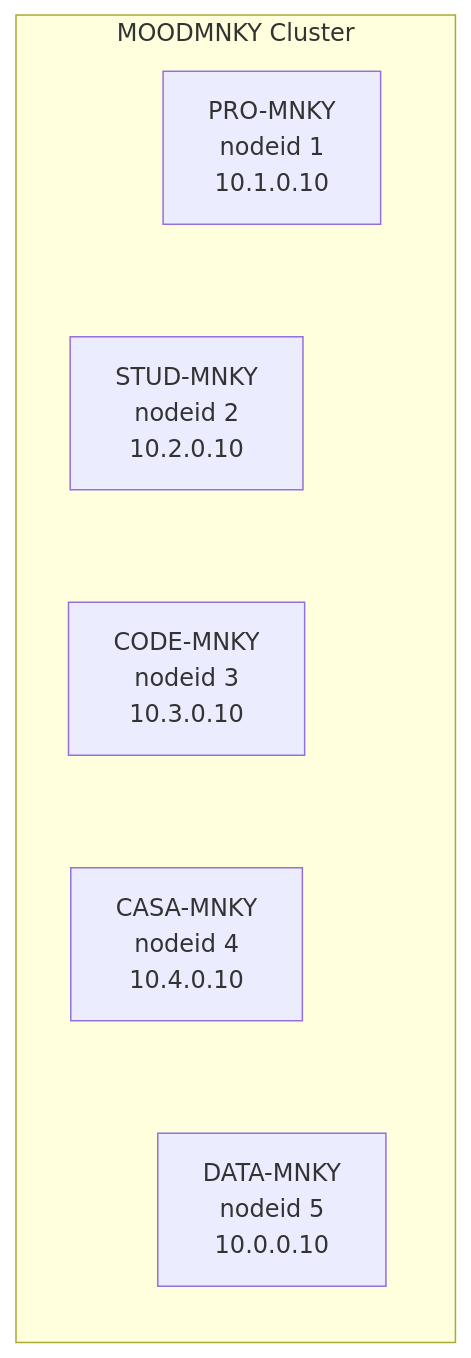
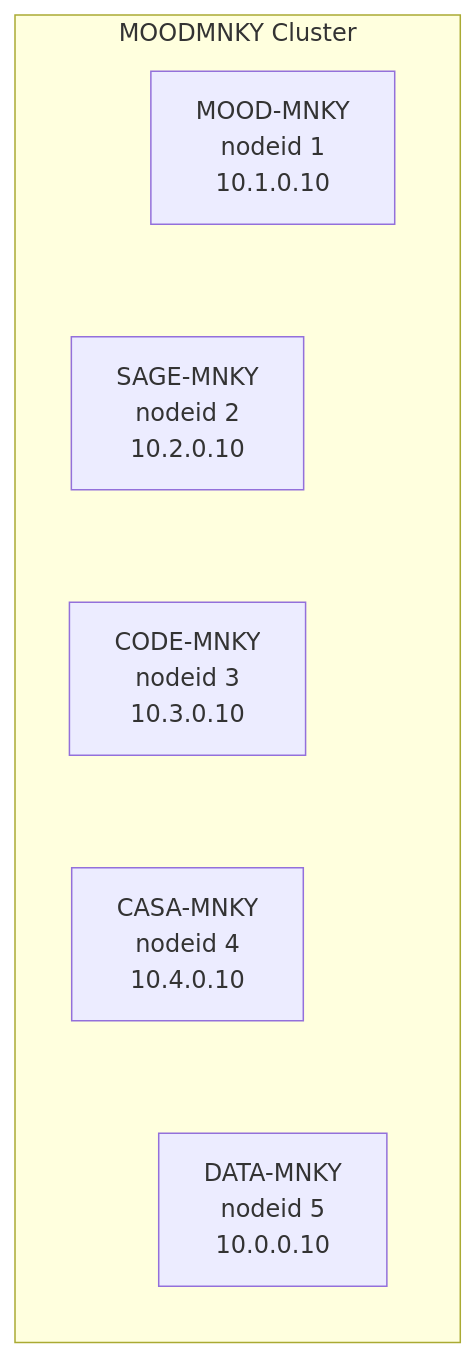
Before and after one commit to MOODMNKY-LLC/mood-mnky-command: the first of 2 diagrams in MOOD-MNKY-CLUSTER-SYSTEM-DESIGN.md, drawn with Mermaid. The commit also changed other lines of this file and 12 other files, not shown here.

First line of the commit message:
docs: rename STUD-MNKY to SAGE-MNKY, PRO-MNKY to MOOD-MNKY across data center docs

````diff
--- a/MOOD-MNKY-CLUSTER-SYSTEM-DESIGN.md
+++ b/MOOD-MNKY-CLUSTER-SYSTEM-DESIGN.md
@@ -30,11 +30,11 @@
 ```mermaid
 flowchart LR
   subgraph cluster [MOODMNKY Cluster]
-    PRO["PRO-MNKY\nnodeid 1\n10.1.0.10"]
-    STUD["STUD-MNKY\nnodeid 2\n10.2.0.10"]
+    PRO["MOOD-MNKY\nnodeid 1\n10.1.0.10"]
+    STUD["SAGE-MNKY\nnodeid 2\n10.2.0.10"]
     CODE["CODE-MNKY\nnodeid 3\n10.3.0.10"]
     CASA["CASA-MNKY\nnodeid 4\n10.4.0.10"]
     DATA["DATA-MNKY\nnodeid 5\n10.0.0.10"]
   end
   PRO ~~~ STUD ~~~ CODE ~~~ CASA ~~~ DATA ~~~ PRO
 ```
````
